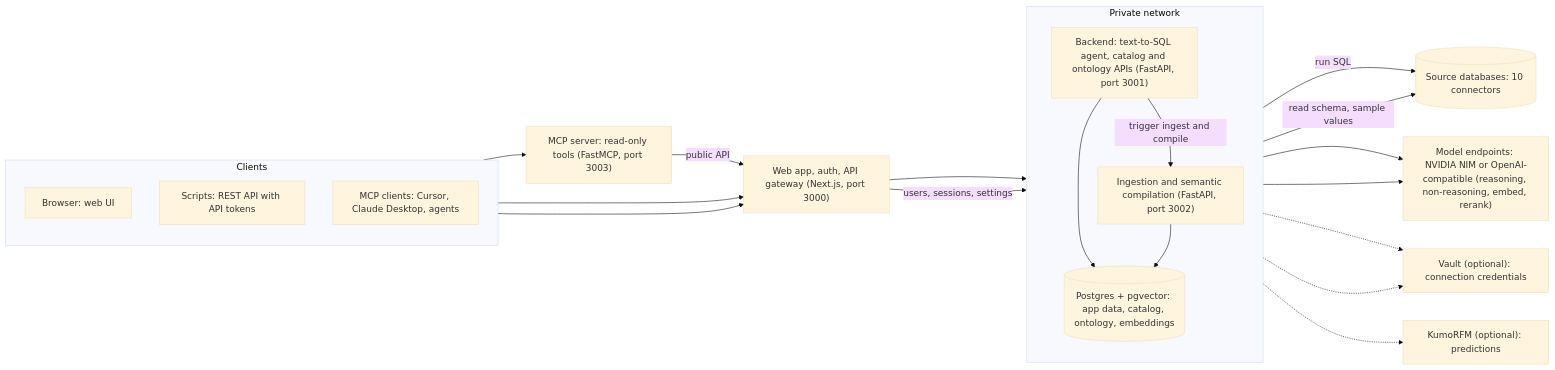
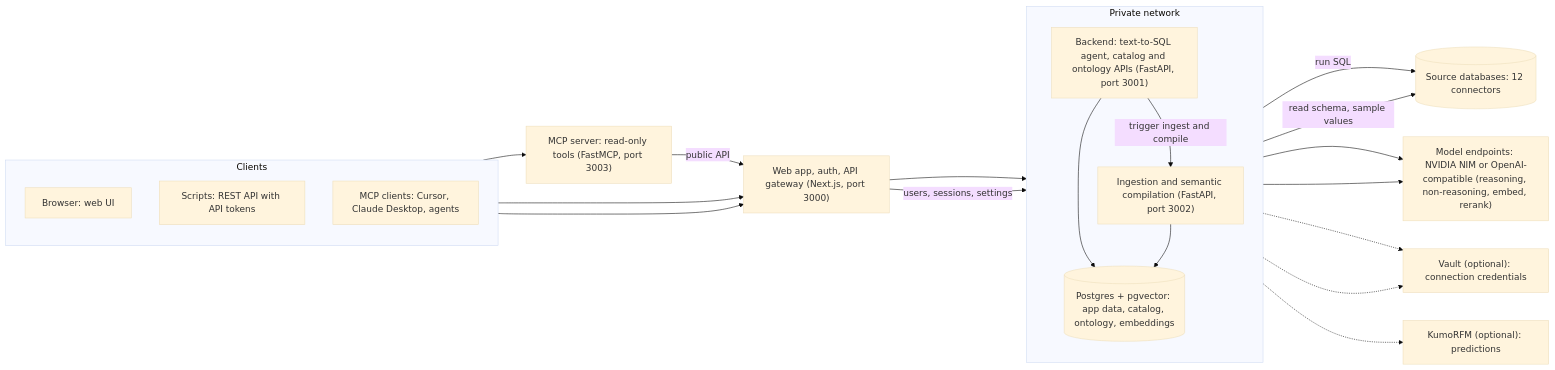
Before and after one commit to NVIDIA/auto-ontology: the diagram in README.md, drawn with Mermaid (base theme). The commit also changed other lines of this file and 7 other files, not shown here.

````diff
--- a/README.md
+++ b/README.md
@@ -229,37 +229,37 @@
 ```mermaid
 flowchart LR
   subgraph clients["Clients"]
     direction TB
     ui["Browser: web UI"]
     rest["Scripts: REST API with API tokens"]
     mcpc["MCP clients: Cursor, Claude Desktop, agents"]
   end
   mcp["MCP server: read-only tools (FastMCP, port 3003)"]
   fe["Web app, auth, API gateway (Next.js, port 3000)"]
   subgraph private["Private network"]
     direction TB
     be["Backend: text-to-SQL agent, catalog and ontology APIs (FastAPI, port 3001)"]
     ing["Ingestion and semantic compilation (FastAPI, port 3002)"]
     pg[("Postgres + pgvector: app data, catalog, ontology, embeddings")]
   end
-  src[("Source databases: 10 connectors")]
+  src[("Source databases: 12 connectors")]
   models["Model endpoints: NVIDIA NIM or OpenAI-compatible (reasoning, non-reasoning, embed, rerank)"]
   vault["Vault (optional): connection credentials"]
   kumo["KumoRFM (optional): predictions"]
   ui --> fe
   rest --> fe
   mcpc --> mcp
   mcp -- "public API" --> fe
   fe --> be
   fe -- "users, sessions, settings" --> pg
   be -- "trigger ingest and compile" --> ing
   be --> pg
   ing --> pg
   be -- "run SQL" --> src
   ing -- "read schema, sample values" --> src
   be --> models
   ing --> models
   be -.-> vault
   ing -.-> vault
   be -.-> kumo
 ```
````
